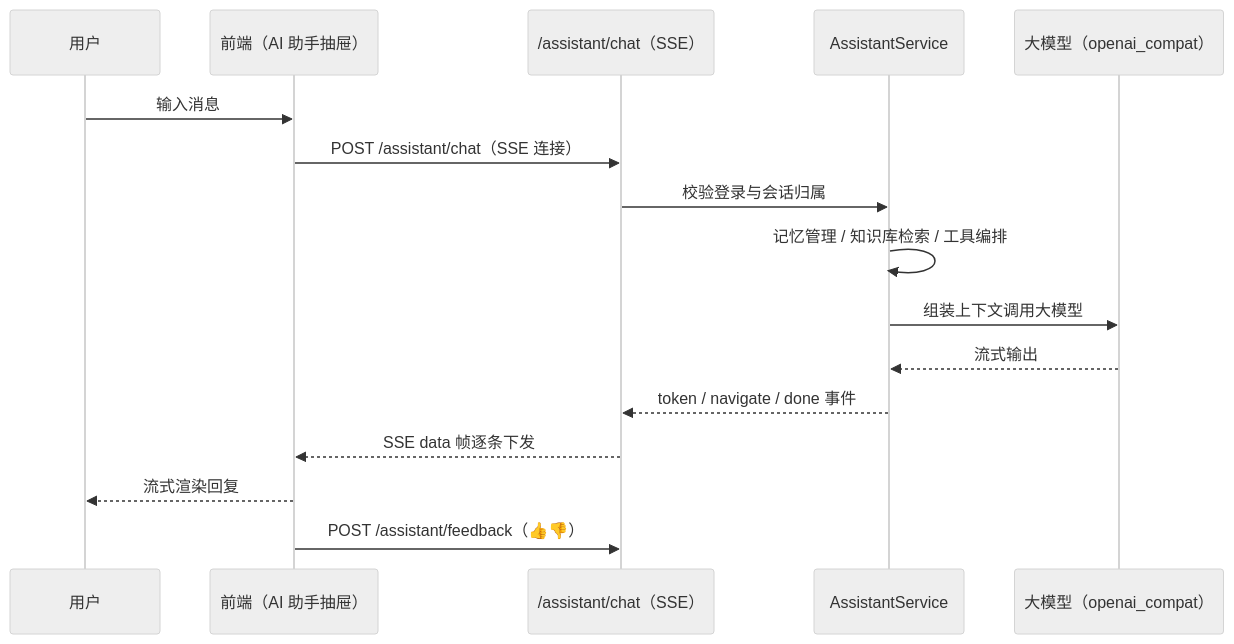
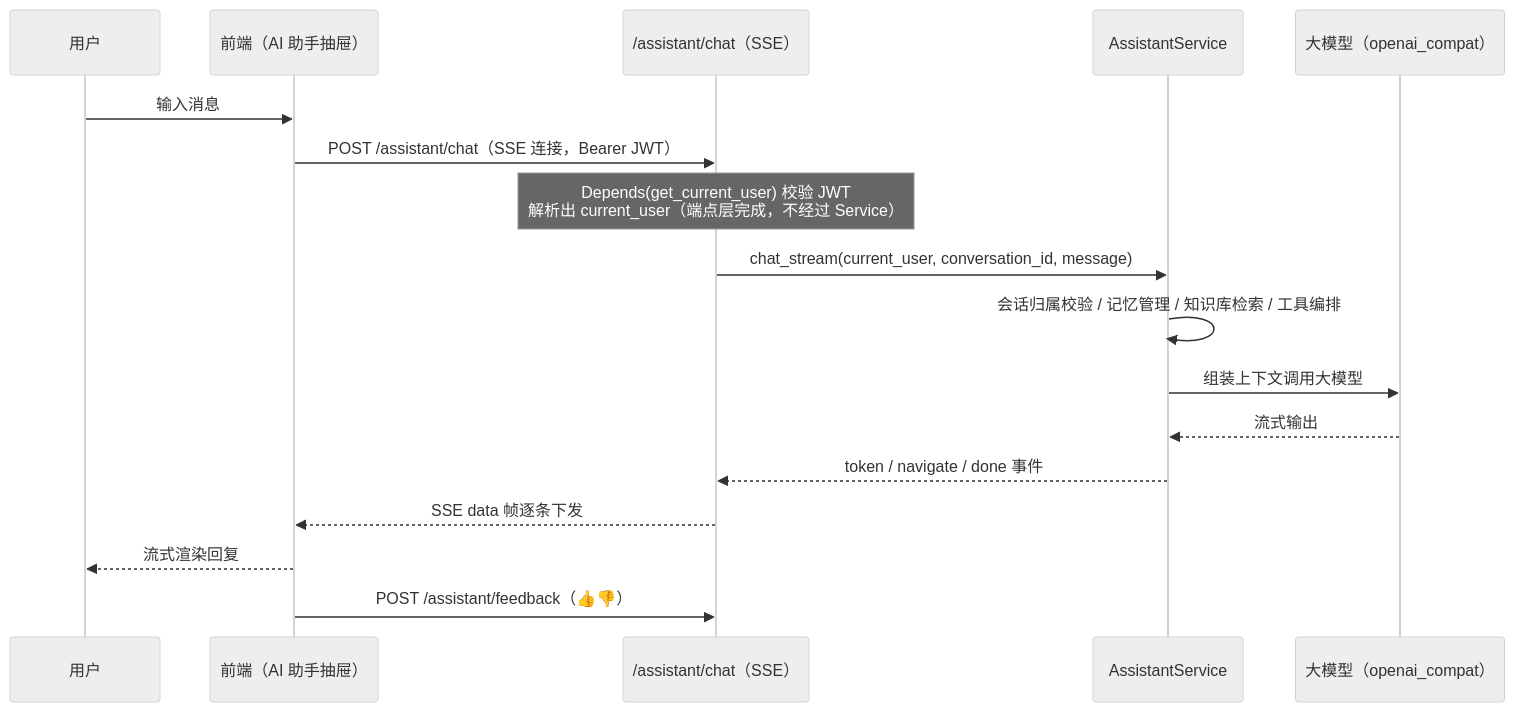
Before and after one commit to cross-lang/x-HanJiang: the fifth of 5 diagrams in README.md, drawn with Mermaid (neutral theme).

Commit message:
fix: solve some bugs

````diff
--- a/README.md
+++ b/README.md
@@ -175,19 +175,20 @@
 ```mermaid
 sequenceDiagram
     participant U as 用户
     participant F as 前端（AI 助手抽屉）
     participant A as /assistant/chat（SSE）
     participant S as AssistantService
     participant L as 大模型（openai_compat）
 
     U->>F: 输入消息
-    F->>A: POST /assistant/chat（SSE 连接）
-    A->>S: 校验登录与会话归属
-    S->>S: 记忆管理 / 知识库检索 / 工具编排
+    F->>A: POST /assistant/chat（SSE 连接，Bearer JWT）
+    Note over A: Depends(get_current_user) 校验 JWT<br/>解析出 current_user（端点层完成，不经过 Service）
+    A->>S: chat_stream(current_user, conversation_id, message)
+    S->>S: 会话归属校验 / 记忆管理 / 知识库检索 / 工具编排
     S->>L: 组装上下文调用大模型
     L-->>S: 流式输出
     S-->>A: token / navigate / done 事件
     A-->>F: SSE data 帧逐条下发
     F-->>U: 流式渲染回复
     F->>A: POST /assistant/feedback（👍👎）
 ```
````
